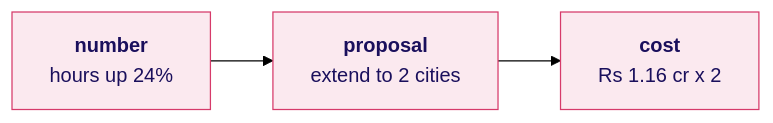
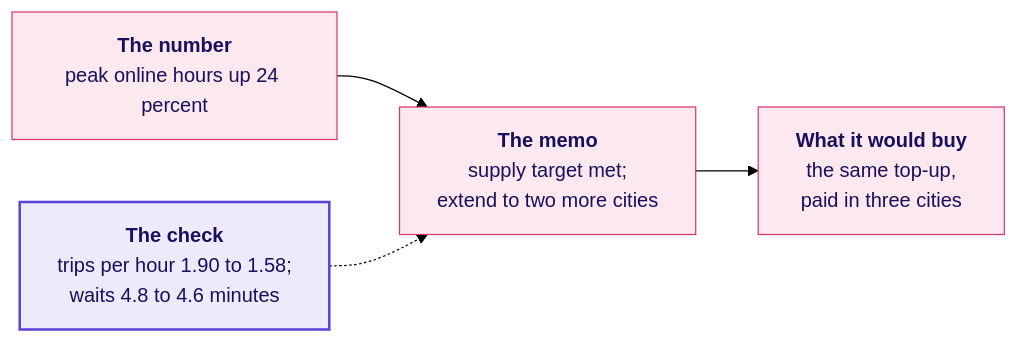
One commit to fde-academy-lab/c2-content-factory changed the eighth of 10 diagrams in content/W04/D1/slides/C2_W04_D01_half1_STUDENT.md. Above: the diagram before and after it, drawn with Mermaid (forest theme). The commit also changed other lines of this file and 24 other files, not shown here.

````diff
--- a/content/W04/D1/slides/C2_W04_D01_half1_STUDENT.md
+++ b/content/W04/D1/slides/C2_W04_D01_half1_STUDENT.md
@@ -455,6 +629,10 @@
 ```mermaid
 flowchart LR
-    W["<b>number</b><br/>hours up 24%"] --> P["<b>proposal</b><br/>extend to 2 cities"] --> C["<b>cost</b><br/>Rs 1.16 cr x 2"]
+    N["<b>The number</b><br/>peak online hours up 24 percent"] --> D["<b>The memo</b><br/>supply target met;<br/>extend to two more cities"]
+    D --> C["<b>What it would buy</b><br/>the same top-up,<br/>paid in three cities"]
+    K["<b>The check</b><br/>trips per hour 1.90 to 1.58;<br/>waits 4.8 to 4.6 minutes"] -.-> D
     classDef bad fill:#FBE9EF,stroke:#D63A6A,color:#1A0F5C
-    class W,P,C bad
+    classDef known fill:#EEEAFB,stroke:#5B3FD6,color:#1A0F5C,stroke-width:2px
+    class N,D,C bad
+    class K known
 ```
````
